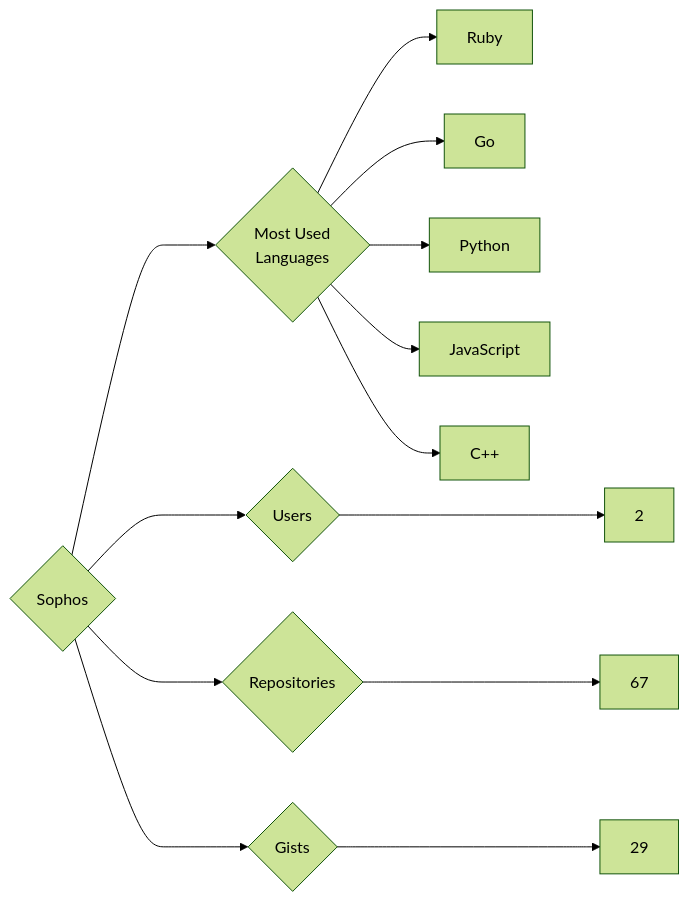
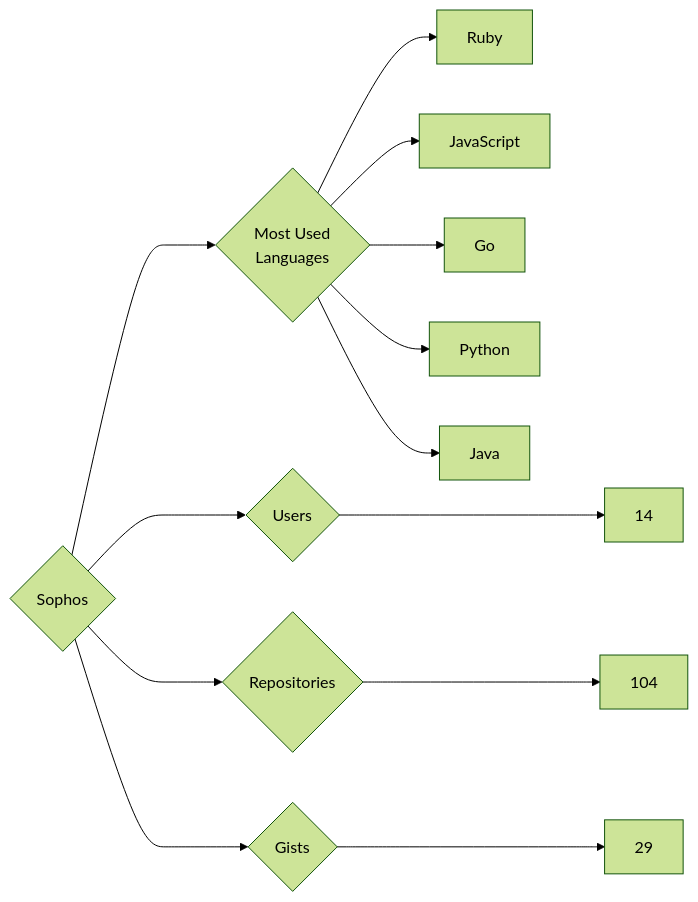
One commit to trickest/insiders changed the diagram in targets/Sophos/README.md. Above: the diagram before and after it, drawn with Mermaid (forest theme). The commit also changed 851 other files, not shown here.

````diff
--- a/targets/Sophos/README.md
+++ b/targets/Sophos/README.md
@@ -3,13 +3,13 @@
 ```mermaid
 graph LR
 COMPANY_NAME{Sophos}
-COMPANY_NAME ---> U{Users} ---> UN[2]
-COMPANY_NAME ---> R{Repositories} ---> RN[67]
+COMPANY_NAME ---> U{Users} ---> UN[14]
+COMPANY_NAME ---> R{Repositories} ---> RN[104]
 COMPANY_NAME ---> G{Gists} ---> GN[29]
 COMPANY_NAME ---> ML{Most Used<br>Languages}
 ML --> Ruby[Ruby]
+ML --> JavaScript[JavaScript]
 ML --> Go[Go]
 ML --> Python[Python]
-ML --> JavaScript[JavaScript]
-ML --> C++[C++]
+ML --> Java[Java]
 ```
````
